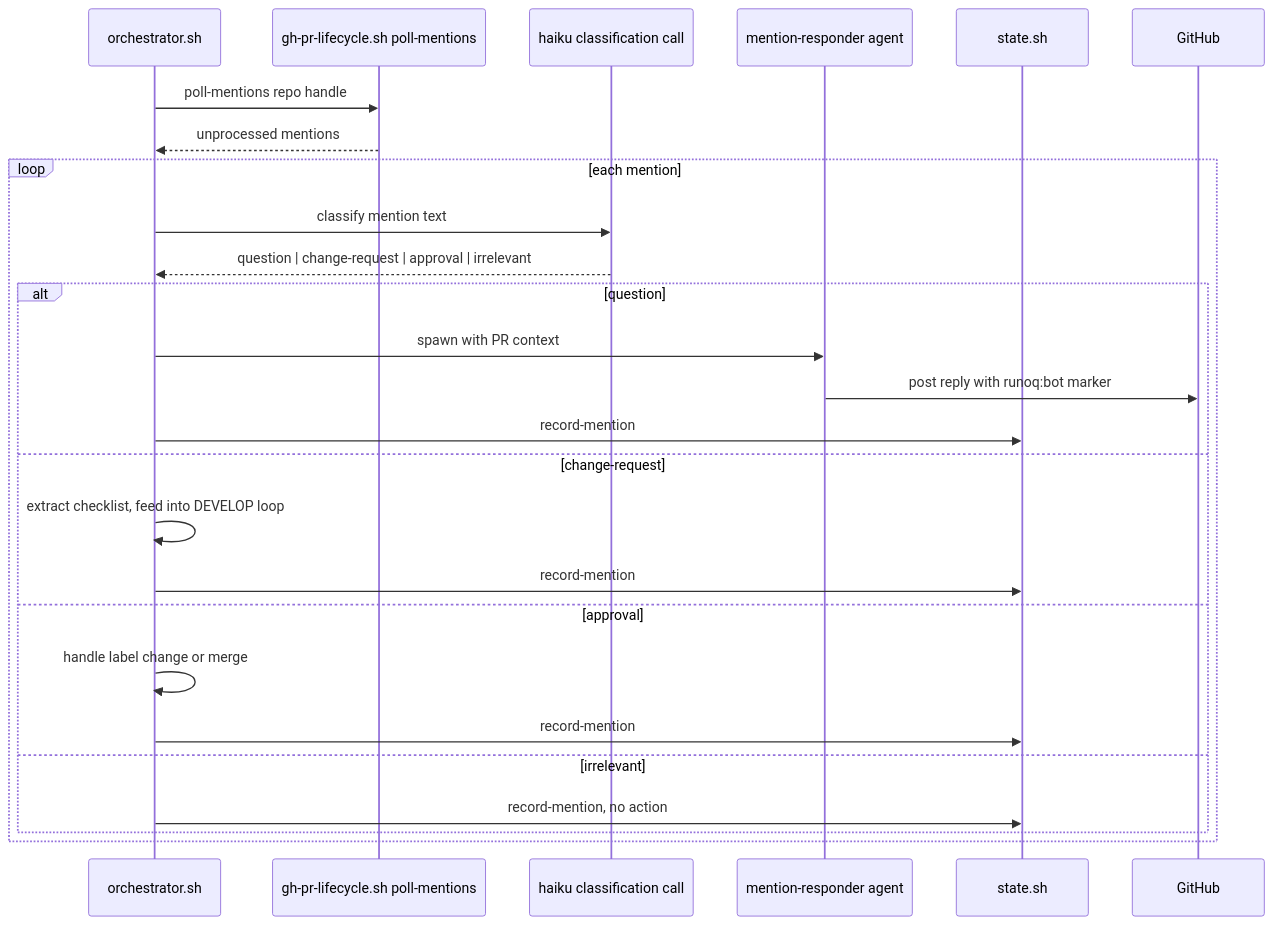
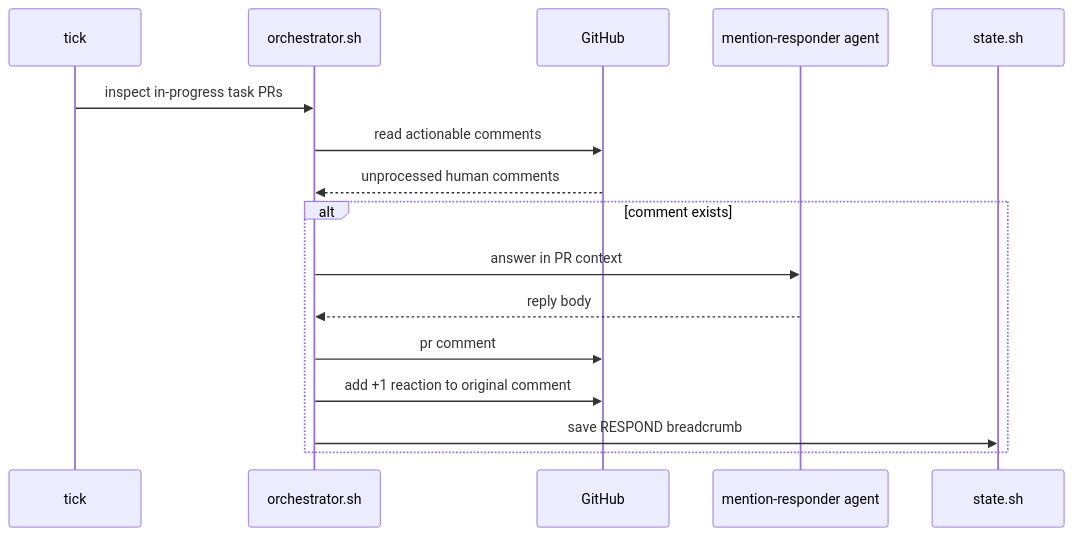
One commit to morhekil/runoq changed the seventh of 8 diagrams in docs/architecture/flows.md. Above: the diagram before and after it, drawn with Mermaid. The commit also changed other lines of this file and 8 other files, not shown here.

````diff
--- a/docs/architecture/flows.md
+++ b/docs/architecture/flows.md
@@ -391,29 +353,19 @@
 ```mermaid
 sequenceDiagram
+  participant Tick as tick
   participant Orch as orchestrator.sh
-  participant Poll as gh-pr-lifecycle.sh poll-mentions
-  participant Haiku as haiku classification call
+  participant GH as GitHub
   participant Responder as mention-responder agent
   participant State as state.sh
-  participant GH as GitHub
 
-  Orch->>Poll: poll-mentions repo handle
-  Poll-->>Orch: unprocessed mentions
-  loop each mention
-    Orch->>Haiku: classify mention text
-    Haiku-->>Orch: question | change-request | approval | irrelevant
-    alt question
-      Orch->>Responder: spawn with PR context
-      Responder->>GH: post reply with runoq:bot marker
-      Orch->>State: record-mention
-    else change-request
-      Orch->>Orch: extract checklist, feed into DEVELOP loop
-      Orch->>State: record-mention
-    else approval
-      Orch->>Orch: handle label change or merge
-      Orch->>State: record-mention
-    else irrelevant
-      Orch->>State: record-mention, no action
-    end
+  Tick->>Orch: inspect in-progress task PRs
+  Orch->>GH: read actionable comments
+  GH-->>Orch: unprocessed human comments
+  alt comment exists
+    Orch->>Responder: answer in PR context
+    Responder-->>Orch: reply body
+    Orch->>GH: pr comment
+    Orch->>GH: add +1 reaction to original comment
+    Orch->>State: save RESPOND breadcrumb
   end
 ```
````
